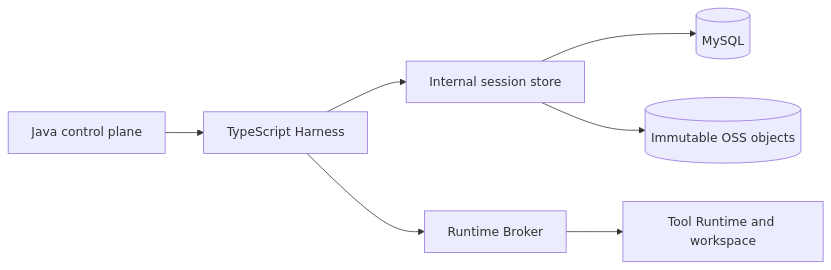
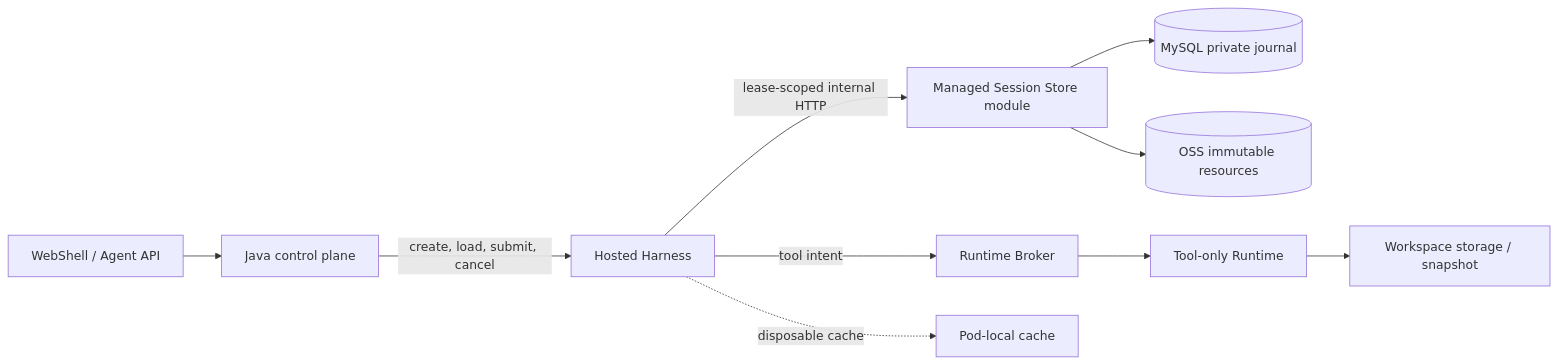
One commit to QwenLM/qwen-code changed the diagram in docs/design/2026-09-21-managed-session-durable-store.md. Above: the diagram before and after it, drawn with Mermaid. The commit also changed other lines of this file and 3 other files, not shown here.

Commit message:
docs: separate managed session foundation design

````diff
--- a/docs/design/2026-09-21-managed-session-durable-store.md
+++ b/docs/design/2026-09-21-managed-session-durable-store.md
@@ -40,9 +55,12 @@
 ```mermaid
 flowchart LR
-  JAVA[Java control plane] --> H[TypeScript Harness]
-  H --> STORE[Internal session store]
-  STORE --> DB[(MySQL)]
-  STORE --> OSS[(Immutable OSS objects)]
-  H --> BROKER[Runtime Broker]
-  BROKER --> RT[Tool Runtime and workspace]
+  UI[WebShell / Agent API] --> JAVA[Java control plane]
+  JAVA -->|create, load, submit, cancel| H[Hosted Harness]
+  H -->|lease-scoped internal HTTP| STORE[Managed Session Store module]
+  STORE --> DB[(MySQL private journal)]
+  STORE --> OSS[(OSS immutable resources)]
+  H -->|tool intent| BROKER[Runtime Broker]
+  BROKER --> RT[Tool-only Runtime]
+  RT --> WS[Workspace storage / snapshot]
+  H -. disposable cache .-> CACHE[Pod-local cache]
 ```
````
